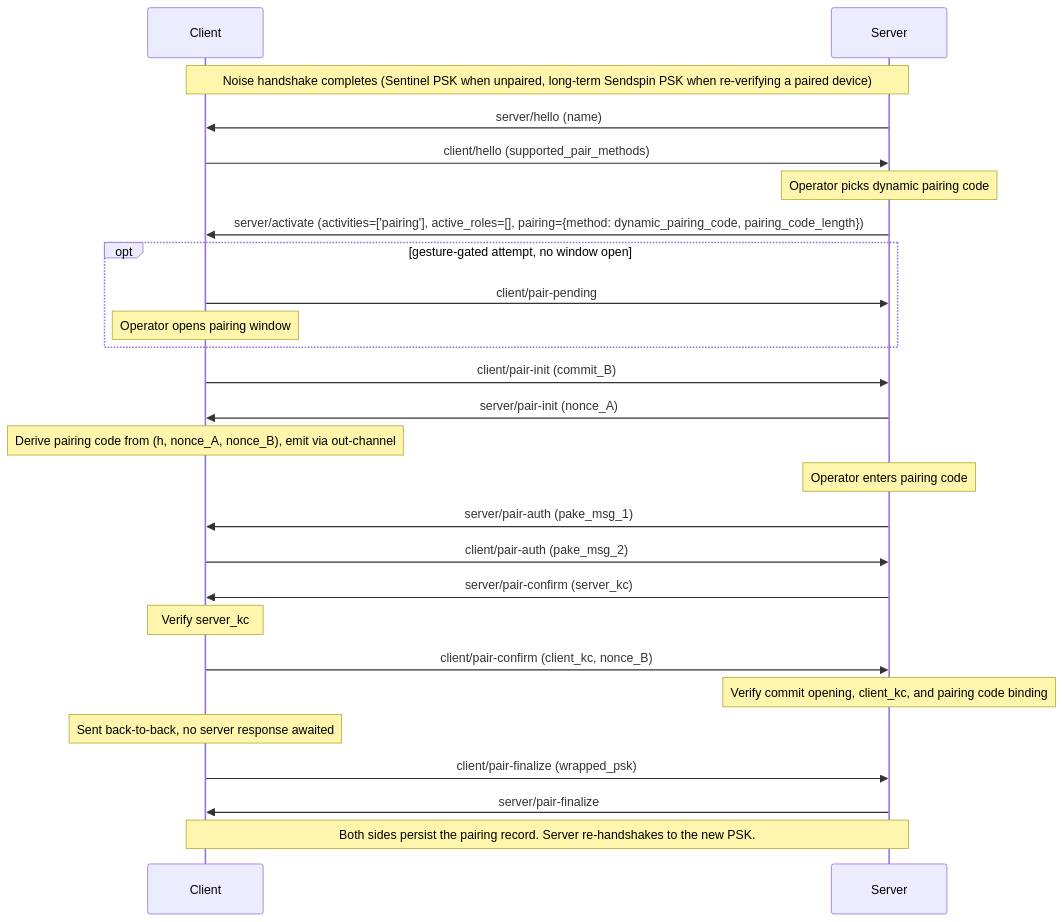
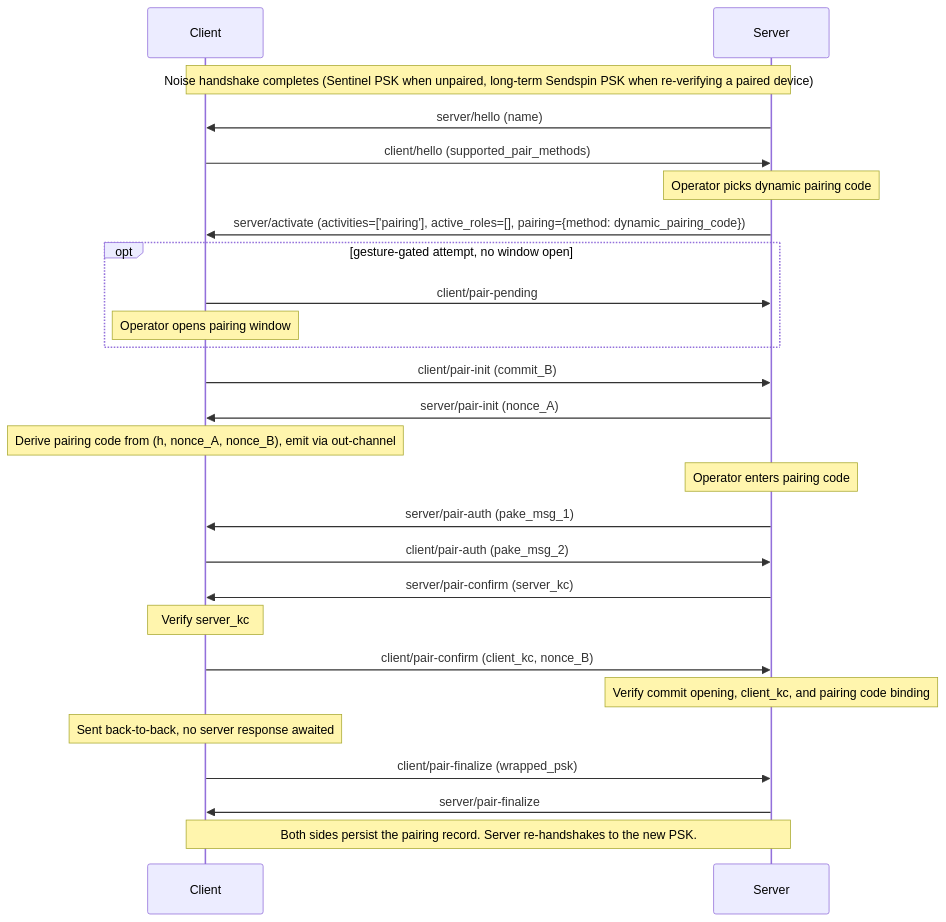
The third of 4 diagrams in README.md (Resonate-Protocol/spec), drawn with Mermaid before and after one commit. The commit also changed other lines of this file and 4 other files, not shown here.

First line of the commit message:
Fix the dynamic pairing code at 6 digits

````diff
--- a/README.md
+++ b/README.md
@@ -838,30 +837,30 @@
 ```mermaid
 sequenceDiagram
     participant Client
     participant Server
 
     Note over Client,Server: Noise handshake completes (Sentinel PSK when unpaired, long-term Sendspin PSK when re-verifying a paired device)
 
     Server->>Client: server/hello (name)
     Client->>Server: client/hello (supported_pair_methods)
     Note over Server: Operator picks dynamic pairing code
-    Server->>Client: server/activate (activities=['pairing'], active_roles=[], pairing={method: dynamic_pairing_code, pairing_code_length})
+    Server->>Client: server/activate (activities=['pairing'], active_roles=[], pairing={method: dynamic_pairing_code})
     opt gesture-gated attempt, no window open
         Client->>Server: client/pair-pending
         Note over Client: Operator opens pairing window
     end
     Client->>Server: client/pair-init (commit_B)
     Server->>Client: server/pair-init (nonce_A)
     Note over Client: Derive pairing code from (h, nonce_A, nonce_B), emit via out-channel
     Note over Server: Operator enters pairing code
     Server->>Client: server/pair-auth (pake_msg_1)
     Client->>Server: client/pair-auth (pake_msg_2)
     Server->>Client: server/pair-confirm (server_kc)
     Note over Client: Verify server_kc
     Client->>Server: client/pair-confirm (client_kc, nonce_B)
     Note over Server: Verify commit opening, client_kc, and pairing code binding
     Note over Client: Sent back-to-back, no server response awaited
     Client->>Server: client/pair-finalize (wrapped_psk)
     Server->>Client: server/pair-finalize
     Note over Client,Server: Both sides persist the pairing record. Server re-handshakes to the new PSK.
 ```
````
